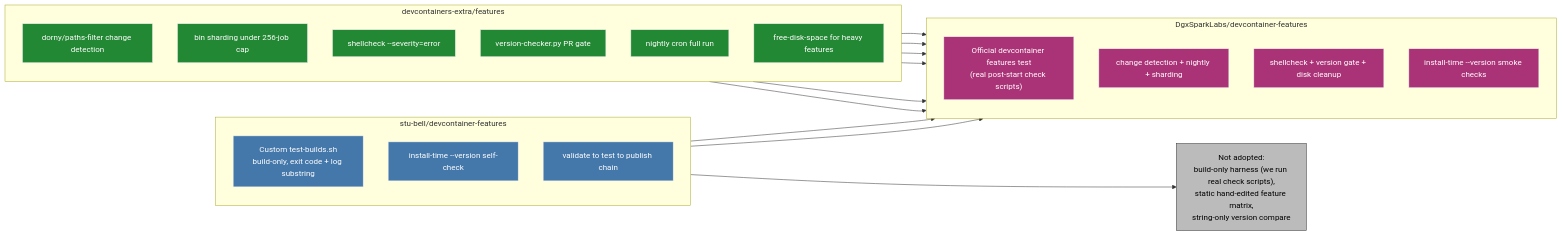
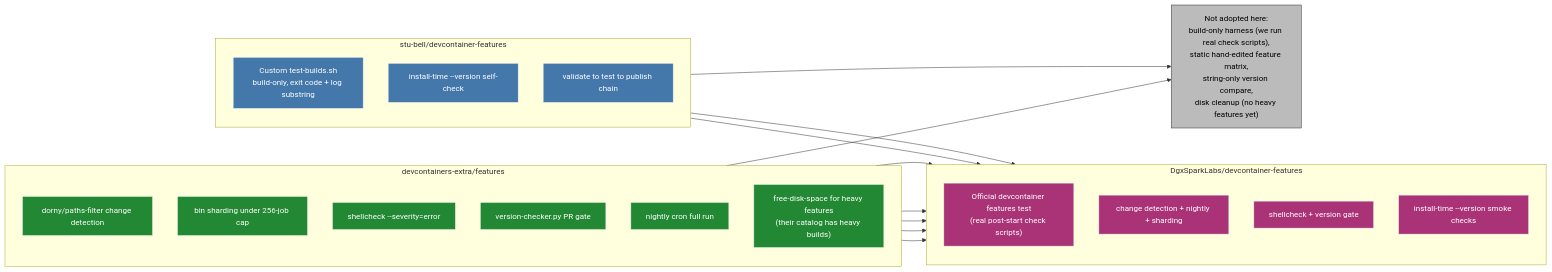
The second of 2 diagrams in docs/ci-cd.md (DgxSparkLabs/devcontainer-features), drawn with Mermaid before and after one commit. The commit also changed other lines of this file and 1 other file, not shown here.

First line of the commit message:
ci: harden change detection, drop dead disk-cleanup branch

````diff
--- a/docs/ci-cd.md
+++ b/docs/ci-cd.md
@@ -91,44 +91,44 @@
 ```mermaid
 flowchart LR
   classDef stu  fill:#4477AA,stroke:#EEEEEE,color:#FFFFFF;
   classDef ex   fill:#228833,stroke:#EEEEEE,color:#FFFFFF;
   classDef me   fill:#AA3377,stroke:#EEEEEE,color:#FFFFFF;
   classDef drop fill:#BBBBBB,stroke:#333333,color:#000000;
 
   subgraph STU["stu-bell/devcontainer-features"]
     direction TB
     SU1["Custom test-builds.sh<br/>build-only, exit code + log substring"]:::stu
     SU2["install-time --version self-check"]:::stu
     SU3["validate to test to publish chain"]:::stu
   end
 
   subgraph EX["devcontainers-extra/features"]
     direction TB
     EX1["dorny/paths-filter change detection"]:::ex
     EX2["bin sharding under 256-job cap"]:::ex
     EX3["shellcheck --severity=error"]:::ex
     EX4["version-checker.py PR gate"]:::ex
     EX5["nightly cron full run"]:::ex
-    EX6["free-disk-space for heavy features"]:::ex
+    EX6["free-disk-space for heavy features<br/>(their catalog has heavy builds)"]:::ex
   end
 
   subgraph ME["DgxSparkLabs/devcontainer-features"]
     direction TB
     ME1["Official devcontainer features test<br/>(real post-start check scripts)"]:::me
     ME2["change detection + nightly + sharding"]:::me
-    ME3["shellcheck + version gate + disk cleanup"]:::me
+    ME3["shellcheck + version gate"]:::me
     ME4["install-time --version smoke checks"]:::me
   end
 
-  DROP["Not adopted:<br/>build-only harness (we run real check scripts),<br/>static hand-edited feature matrix,<br/>string-only version compare"]:::drop
+  DROP["Not adopted here:<br/>build-only harness (we run real check scripts),<br/>static hand-edited feature matrix,<br/>string-only version compare,<br/>disk cleanup (no heavy features yet)"]:::drop
 
   SU2 --> ME4
   SU3 --> ME1
   EX1 --> ME2
   EX2 --> ME2
   EX5 --> ME2
   EX3 --> ME3
   EX4 --> ME3
-  EX6 --> ME3
+  EX6 --> DROP
   SU1 --> DROP
 ```
````
